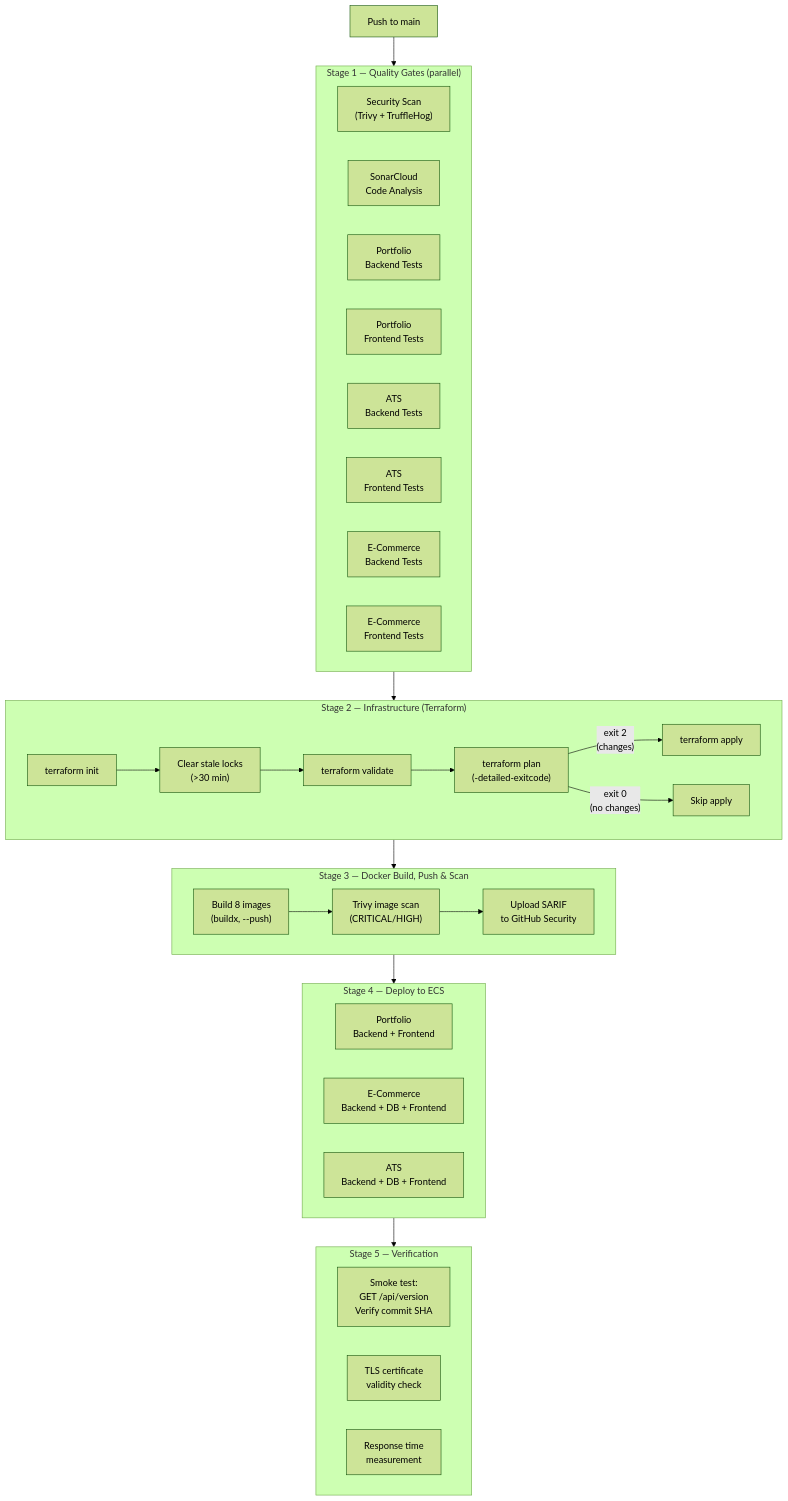
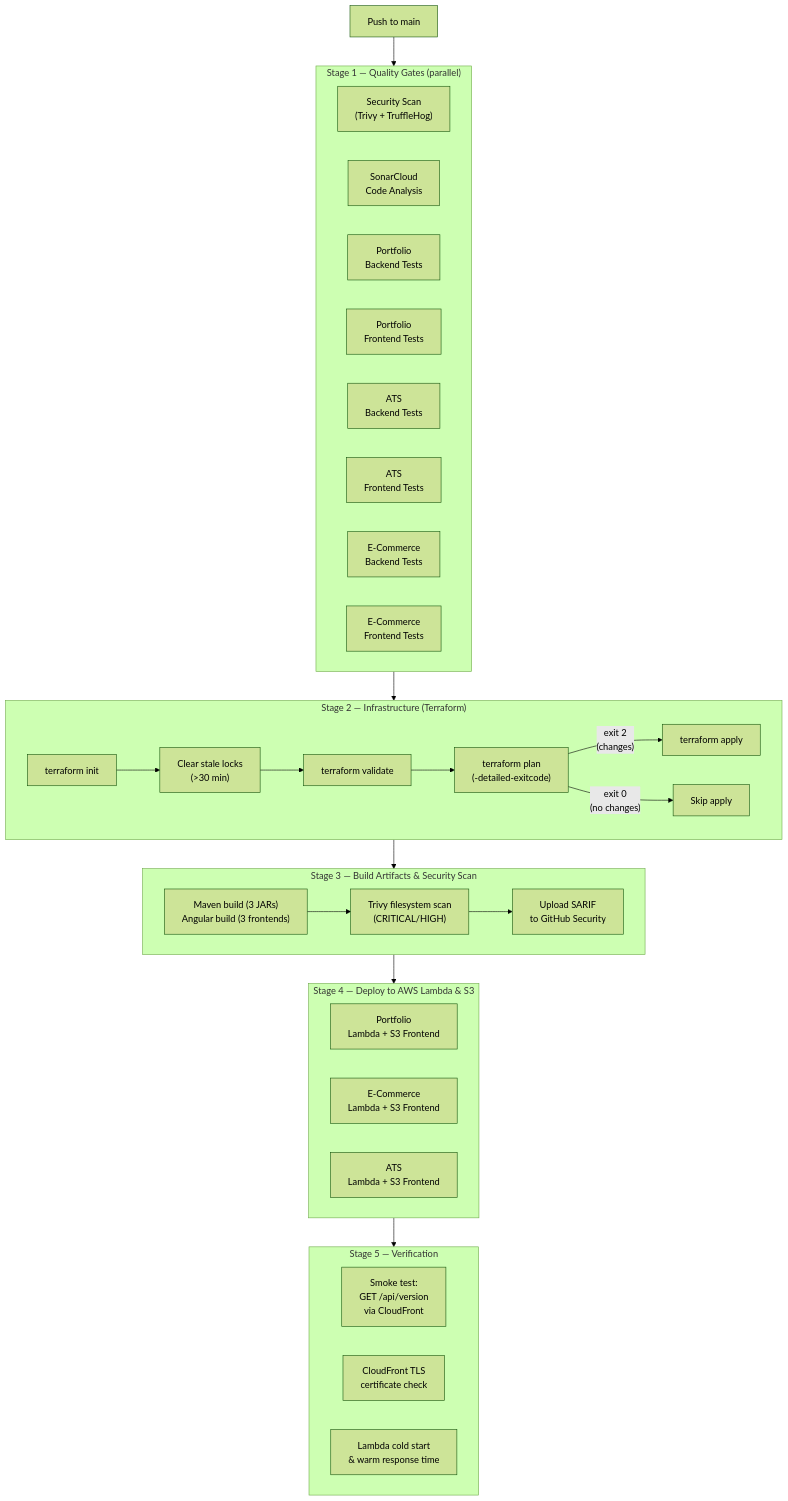
The second of 5 diagrams in docs/DEVOPS_INFRASTRUCTURE.md (clark22134/MyPortfolioWebsite), drawn with Mermaid (forest theme) before and after one commit. The commit also changed other lines of this file and 96 other files, not shown here.

````diff
--- a/docs/DEVOPS_INFRASTRUCTURE.md
+++ b/docs/DEVOPS_INFRASTRUCTURE.md
@@ -68,45 +68,45 @@
 ```mermaid
 graph TD
     Push["Push to main"] --> Gate
 
     subgraph Gate["Stage 1 — Quality Gates (parallel)"]
         Security["Security Scan<br/>(Trivy + TruffleHog)"]
         SQ["SonarCloud<br/>Code Analysis"]
         TB1["Portfolio<br/>Backend Tests"]
         TF1["Portfolio<br/>Frontend Tests"]
         TB2["ATS<br/>Backend Tests"]
         TF2["ATS<br/>Frontend Tests"]
         TB3["E-Commerce<br/>Backend Tests"]
         TF3["E-Commerce<br/>Frontend Tests"]
     end
 
     Gate --> TF["Stage 2 — Terraform"]
     subgraph TF["Stage 2 — Infrastructure (Terraform)"]
         Init["terraform init"] --> Lock["Clear stale locks<br/>(>30 min)"]
         Lock --> Validate["terraform validate"]
         Validate --> Plan["terraform plan<br/>(-detailed-exitcode)"]
         Plan -->|"exit 2<br/>(changes)"| Apply["terraform apply"]
         Plan -->|"exit 0<br/>(no changes)"| Skip["Skip apply"]
     end
 
-    TF --> Build["Stage 3 — Build & Push"]
-    subgraph Build["Stage 3 — Docker Build, Push & Scan"]
-        B1["Build 8 images<br/>(buildx, --push)"]
-        B1 --> Scan["Trivy image scan<br/>(CRITICAL/HIGH)"]
+    TF --> Build["Stage 3 — Build & Scan"]
+    subgraph Build["Stage 3 — Build Artifacts & Security Scan"]
+        B1["Maven build (3 JARs)<br/>Angular build (3 frontends)"]
+        B1 --> Scan["Trivy filesystem scan<br/>(CRITICAL/HIGH)"]
         Scan --> SARIF["Upload SARIF<br/>to GitHub Security"]
     end
 
-    Build --> Deploy["Stage 4 — ECS Deploy (parallel)"]
-    subgraph Deploy["Stage 4 — Deploy to ECS"]
-        DP["Portfolio<br/>Backend + Frontend"]
-        DE["E-Commerce<br/>Backend + DB + Frontend"]
-        DA["ATS<br/>Backend + DB + Frontend"]
+    Build --> Deploy["Stage 4 — Serverless Deploy (parallel)"]
+    subgraph Deploy["Stage 4 — Deploy to AWS Lambda & S3"]
+        DP["Portfolio<br/>Lambda + S3 Frontend"]
+        DE["E-Commerce<br/>Lambda + S3 Frontend"]
+        DA["ATS<br/>Lambda + S3 Frontend"]
     end
 
     Deploy --> Verify["Stage 5 — Post-Deploy"]
     subgraph Verify["Stage 5 — Verification"]
-        Smoke["Smoke test:<br/>GET /api/version<br/>Verify commit SHA"]
-        TLS["TLS certificate<br/>validity check"]
-        Perf["Response time<br/>measurement"]
+        Smoke["Smoke test:<br/>GET /api/version<br/>via CloudFront"]
+        TLS["CloudFront TLS<br/>certificate check"]
+        Perf["Lambda cold start<br/>& warm response time"]
     end
 ```
````
